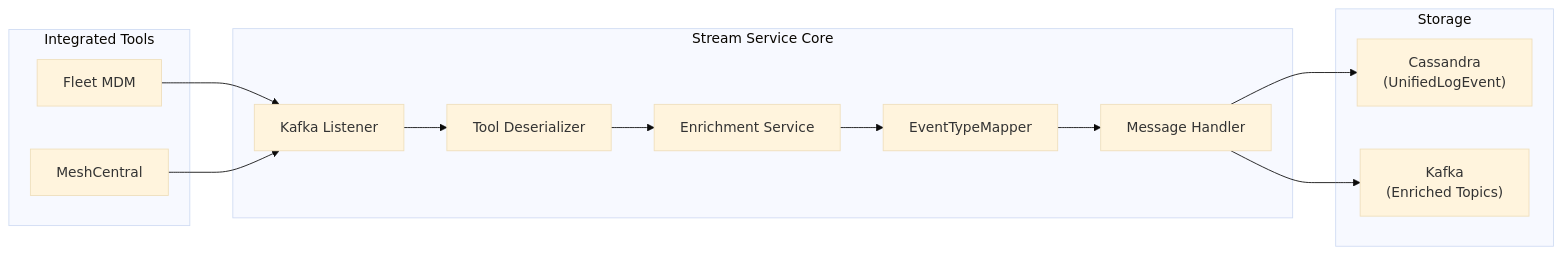
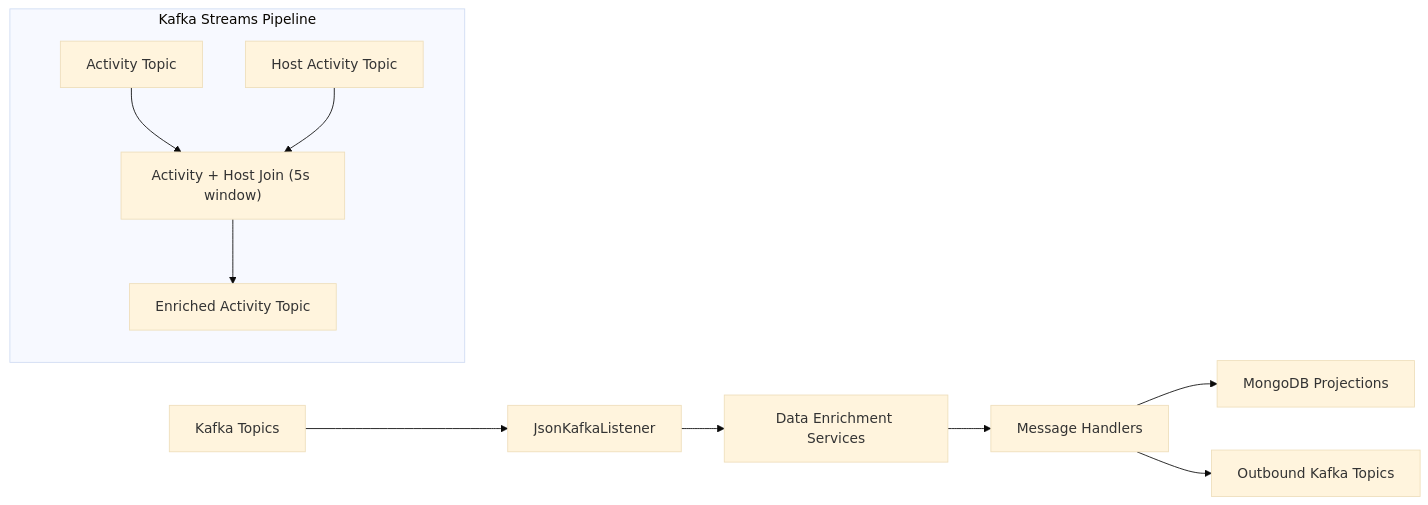
One commit to flamingo-stack/openframe-oss-lib changed the fourth of 4 diagrams in docs/development/architecture/README.md. Above: the diagram before and after it, drawn with Mermaid (base theme). The commit also changed other lines of this file and 10 other files, not shown here.

````diff
--- a/docs/development/architecture/README.md
+++ b/docs/development/architecture/README.md
@@ -105,27 +169,14 @@
 ```mermaid
 flowchart LR
-    subgraph Tools["Integrated Tools"]
-        T2["Fleet MDM"]
-        T3["MeshCentral"]
+    KafkaTopics["Kafka Topics"] --> Listener["JsonKafkaListener"]
+    Listener --> Enrich["Data Enrichment Services"]
+    Enrich --> Handlers["Message Handlers"]
+    Handlers --> Mongo["MongoDB Projections"]
+    Handlers --> OutTopics["Outbound Kafka Topics"]
+
+    subgraph streams["Kafka Streams Pipeline"]
+        ActivityTopic["Activity Topic"] --> Join["Activity + Host Join (5s window)"]
+        HostTopic["Host Activity Topic"] --> Join
+        Join --> EnrichedOutput["Enriched Activity Topic"]
     end
-    subgraph Processing["Stream Service Core"]
-        L["Kafka Listener"]
-        D["Tool Deserializer"]
-        E["Enrichment Service"]
-        M["EventTypeMapper"]
-        H["Message Handler"]
-    end
-    subgraph Storage["Storage"]
-        C["Cassandra\n(UnifiedLogEvent)"]
-        K["Kafka\n(Enriched Topics)"]
-    end
-
-    T2 --> L
-    T3 --> L
-    L --> D
-    D --> E
-    E --> M
-    M --> H
-    H --> C
-    H --> K
 ```
````
